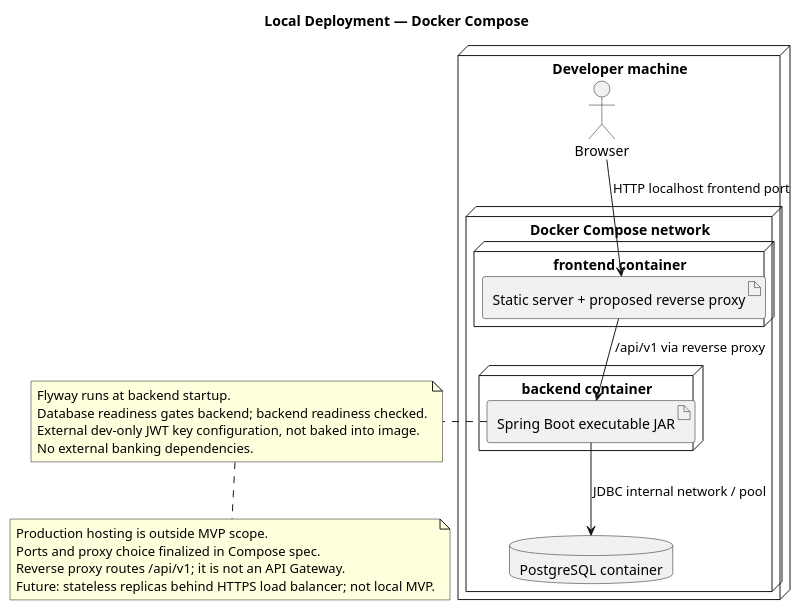
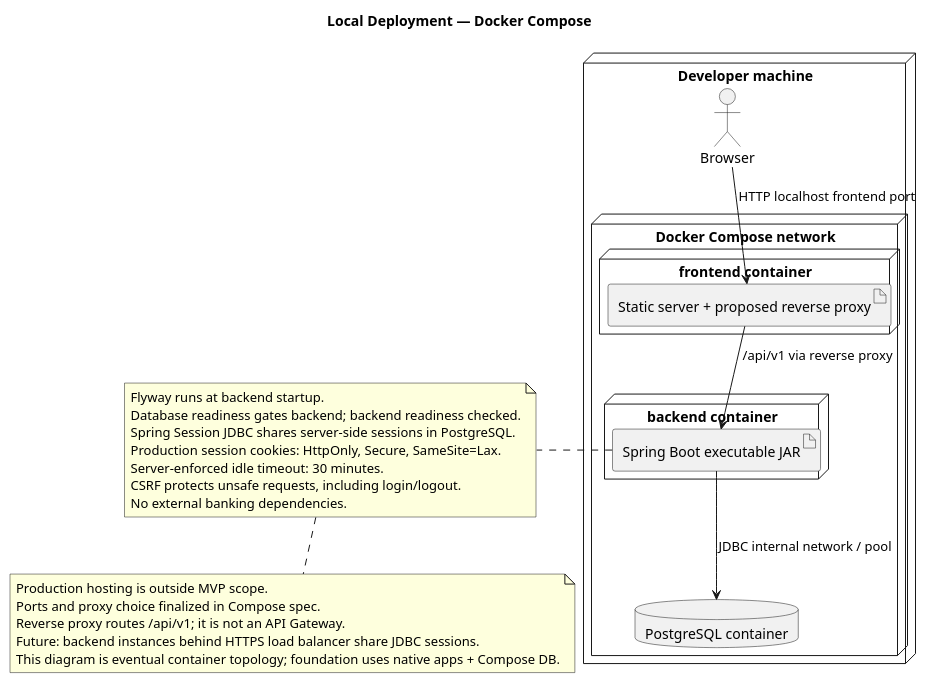
One commit to DonaldMbara/transaction-dispute-portal changed the diagram in docs/design/plantuml/container-deployment.puml. Above: the diagram before and after it, drawn with PlantUML. The commit also changed 27 other files, not shown here.

Commit message:
docs: align architecture with session-based authentication

```diff
--- a/docs/design/plantuml/container-deployment.puml
+++ b/docs/design/plantuml/container-deployment.puml
@@ -1,32 +1,36 @@
 @startuml
 !pragma layout smetana
 title Local Deployment — Docker Compose
 node "Developer machine" {
   node "Docker Compose network" {
     node "frontend container" {
       artifact "Static server + proposed reverse proxy" as SPA
     }
     node "backend container" {
       artifact "Spring Boot executable JAR" as API
     }
     database "PostgreSQL container" as DB
   }
   actor "Browser" as B
 }
 B --> SPA : HTTP localhost frontend port
 SPA --> API : /api/v1 via reverse proxy
 API --> DB : JDBC internal network / pool
 
 note right of API
 Flyway runs at backend startup.
 Database readiness gates backend; backend readiness checked.
-External dev-only JWT key configuration, not baked into image.
+Spring Session JDBC shares server-side sessions in PostgreSQL.
+Production session cookies: HttpOnly, Secure, SameSite=Lax.
+Server-enforced idle timeout: 30 minutes.
+CSRF protects unsafe requests, including login/logout.
 No external banking dependencies.
 end note
 note bottom
 Production hosting is outside MVP scope.
 Ports and proxy choice finalized in Compose spec.
 Reverse proxy routes /api/v1; it is not an API Gateway.
-Future: stateless replicas behind HTTPS load balancer; not local MVP.
+Future: backend instances behind HTTPS load balancer share JDBC sessions.
+This diagram is eventual container topology; foundation uses native apps + Compose DB.
 end note
 @enduml
```
